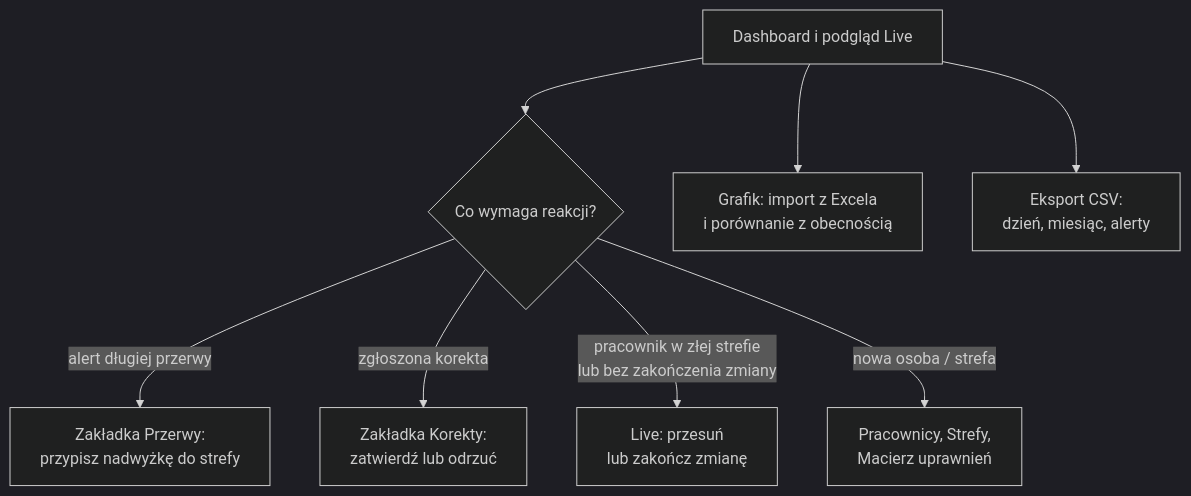
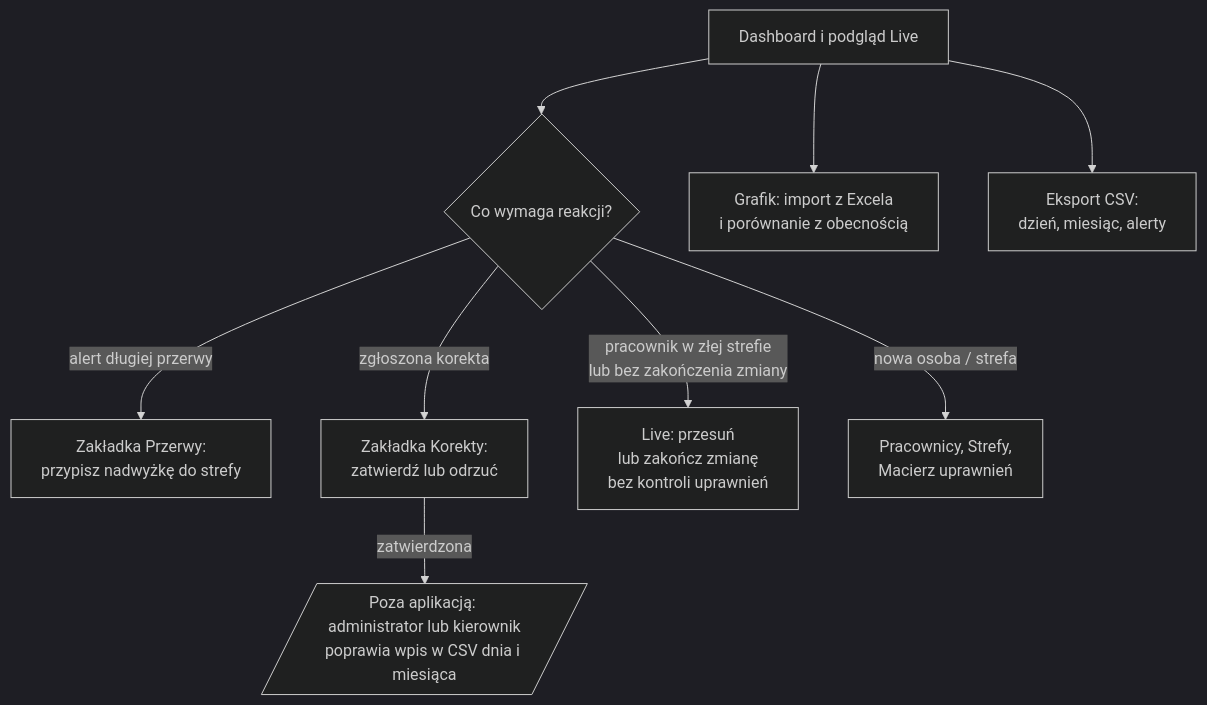
Before and after one commit to TomaszWu14/rcp-log-public: the fourth of 4 diagrams in docs/02-proces.md, drawn with Mermaid (dark theme). The commit also changed other lines of this file, not shown here.

Commit message:
docs: dodaj do procesu ręczne nanoszenie korekt i zgubiony identyfikator
Zatwierdzoną korektę administrator lub kierownik nanosi poza aplikacją
w obu plikach CSV. Przesunięcie przez administratora nie sprawdza uprawnień.
Zgubiona karta: duplikat z tym samym kodem.

Claude-Session: https://claude.ai/code/session_01NJLoByYYhA1k2NxcTSdNZg

````diff
--- a/docs/02-proces.md
+++ b/docs/02-proces.md
@@ -74,10 +74,11 @@
 ```mermaid
 flowchart TD
     P1[Dashboard i podgląd Live] --> P2{Co wymaga reakcji?}
     P2 -- alert długiej przerwy --> P3[Zakładka Przerwy:<br/>przypisz nadwyżkę do strefy]
     P2 -- zgłoszona korekta --> P4[Zakładka Korekty:<br/>zatwierdź lub odrzuć]
-    P2 -- pracownik w złej strefie<br/>lub bez zakończenia zmiany --> P5[Live: przesuń<br/>lub zakończ zmianę]
+    P4 -- zatwierdzona --> P4b[/Poza aplikacją: administrator lub kierownik<br/>poprawia wpis w CSV dnia i miesiąca/]
+    P2 -- pracownik w złej strefie<br/>lub bez zakończenia zmiany --> P5[Live: przesuń<br/>lub zakończ zmianę<br/>bez kontroli uprawnień]
     P2 -- nowa osoba / strefa --> P6[Pracownicy, Strefy,<br/>Macierz uprawnień]
     P1 --> P7[Grafik: import z Excela<br/>i porównanie z obecnością]
     P1 --> P8[Eksport CSV:<br/>dzień, miesiąc, alerty]
 ```
````
